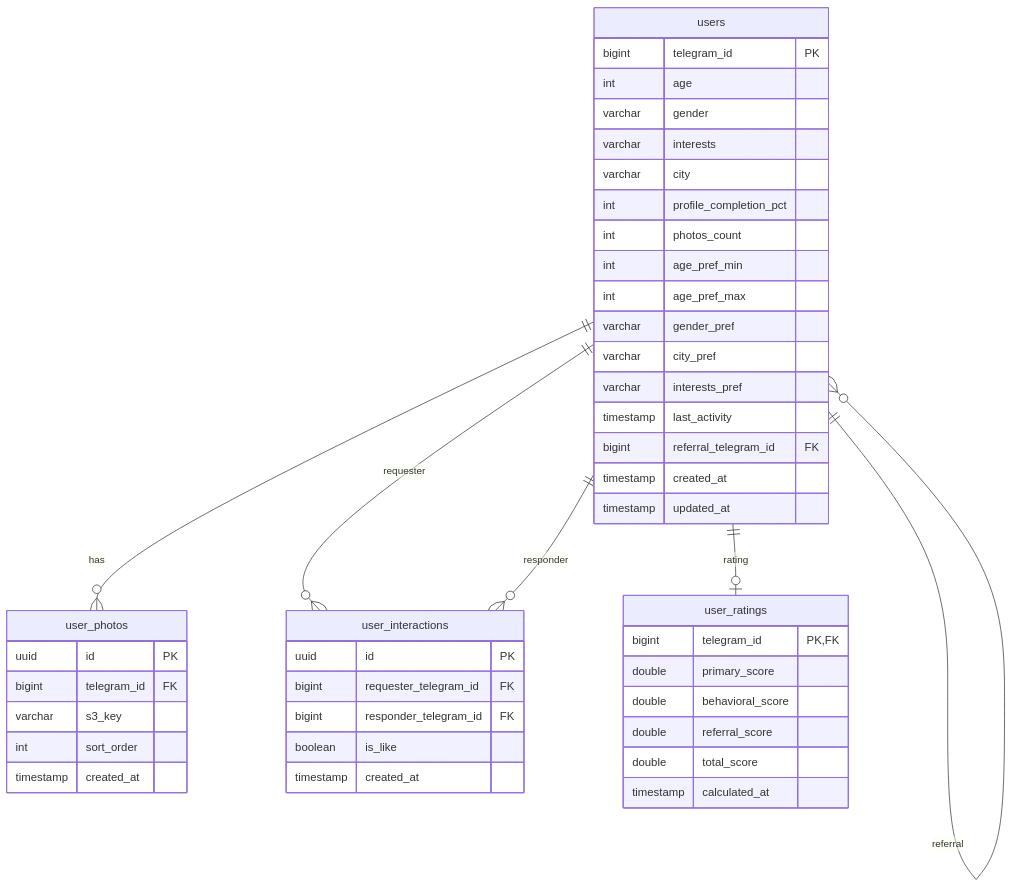
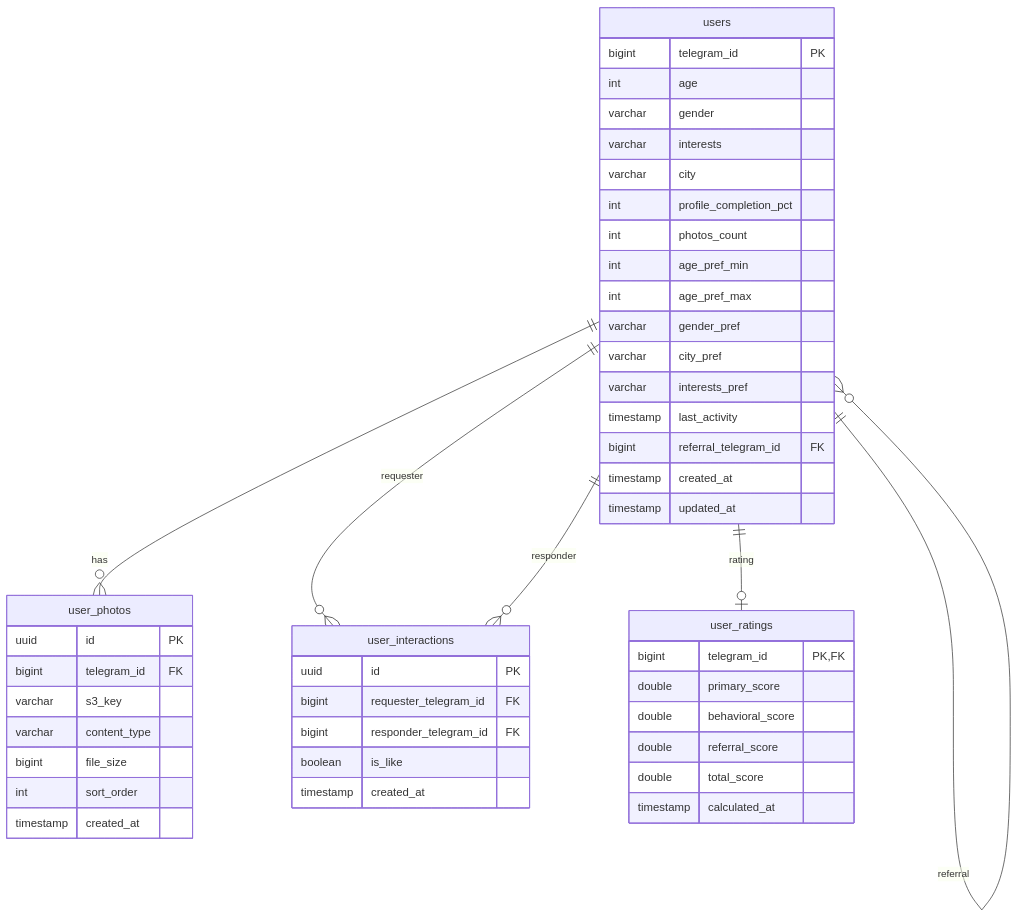
One commit to nnqnn/tech_college changed the diagram in project/docs/database.md. Above: the diagram before and after it, drawn with Mermaid. The commit also changed other lines of this file and 29 other files, not shown here.

````diff
--- a/project/docs/database.md
+++ b/project/docs/database.md
@@ -7,52 +7,54 @@
 ```mermaid
 erDiagram
   users {
     bigint telegram_id PK
     int age
     varchar gender
     varchar interests
     varchar city
     int profile_completion_pct
     int photos_count
     int age_pref_min
     int age_pref_max
     varchar gender_pref
     varchar city_pref
     varchar interests_pref
     timestamp last_activity
     bigint referral_telegram_id FK
     timestamp created_at
     timestamp updated_at
   }
 
   user_photos {
     uuid id PK
     bigint telegram_id FK
     varchar s3_key
+    varchar content_type
+    bigint file_size
     int sort_order
     timestamp created_at
   }
 
   user_interactions {
     uuid id PK
     bigint requester_telegram_id FK
     bigint responder_telegram_id FK
     boolean is_like
     timestamp created_at
   }
 
   user_ratings {
     bigint telegram_id PK, FK
     double primary_score
     double behavioral_score
     double referral_score
     double total_score
     timestamp calculated_at
   }
 
   users ||--o{ user_photos : has
   users ||--o{ user_interactions : requester
   users ||--o{ user_interactions : responder
   users ||--o| user_ratings : rating
   users ||--o{ users : referral
 ```
````
